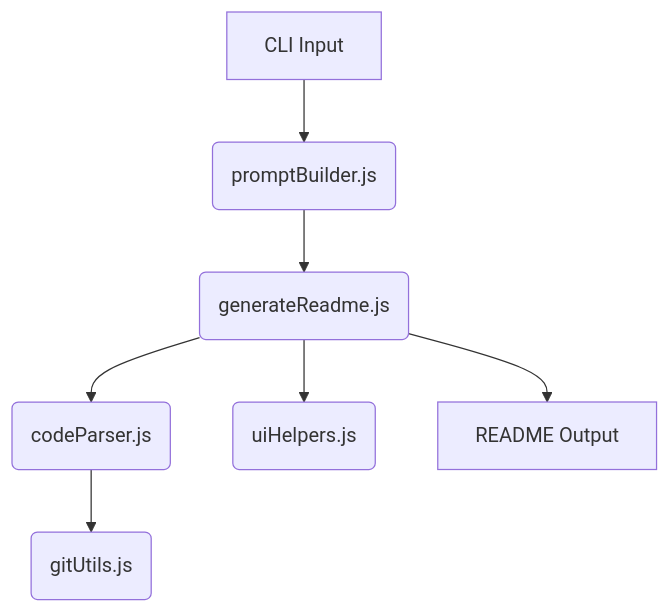
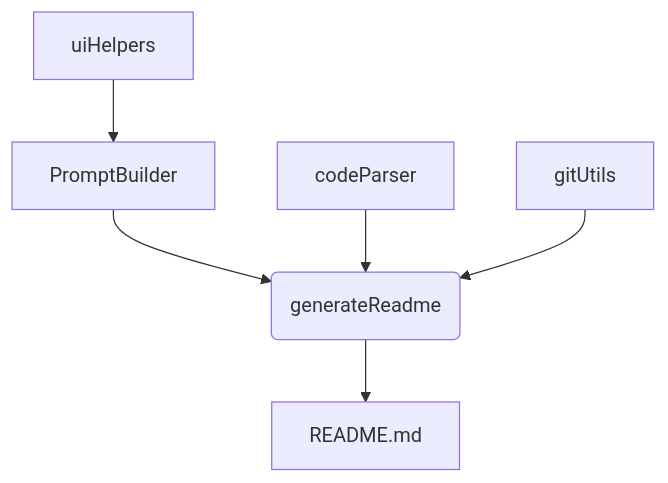
One commit to PIYUSH1SAINI/ReadMe-wiz changed the first of 2 diagrams in README.md. Above: the diagram before and after it, drawn with Mermaid. The commit also changed other lines of this file and 1 other file, not shown here.

Commit message:
Handeling 503 - server overloaded error in CLI

````diff
--- a/README.md
+++ b/README.md
@@ -39,10 +46,8 @@
 ```mermaid
 graph TD
-    A[CLI Input] --> B(promptBuilder.js);
-    B --> C(generateReadme.js);
-    C --> D(codeParser.js);
-    D --> E(gitUtils.js);
-    C --> F(uiHelpers.js);
-    C --> G[README Output];
-
+    A[PromptBuilder] --> B(generateReadme);
+    C[codeParser] --> B;
+    D[gitUtils] --> B;
+    E[uiHelpers] --> A;
+    B --> F[README.md];
 ```
````
